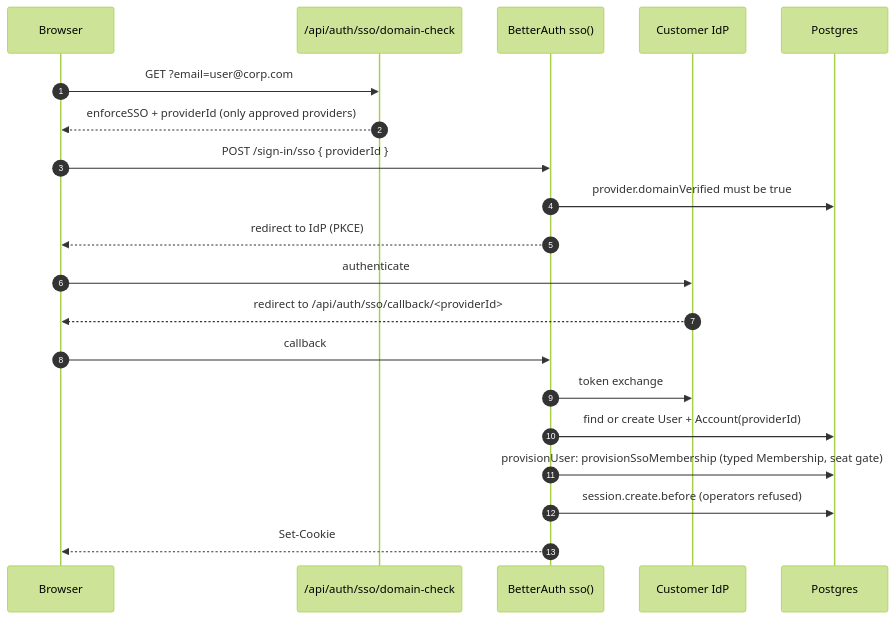
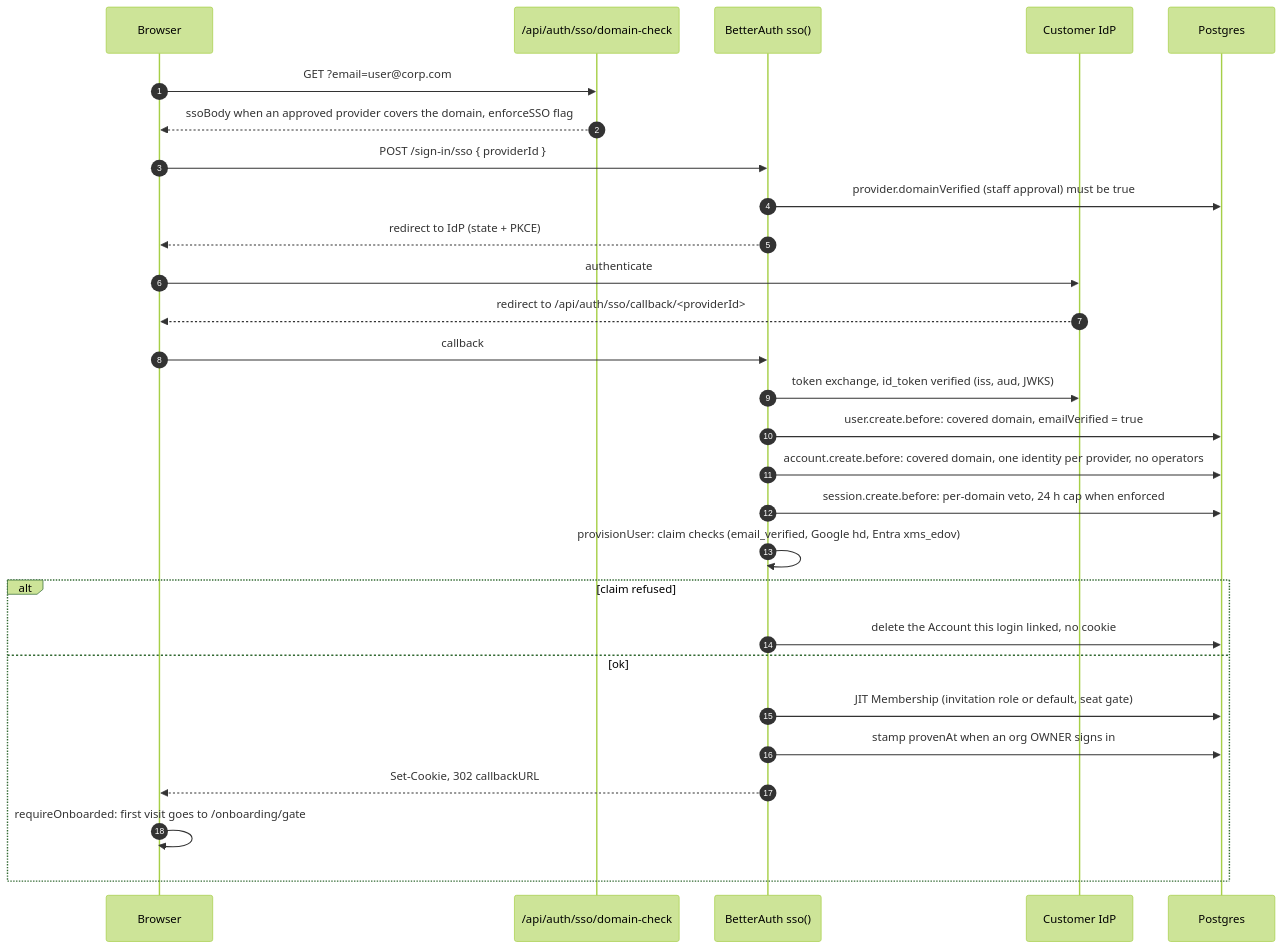
The ninth of 12 diagrams in docs/authentication/architecture.md (Practitionist/familiarise_web), drawn with Mermaid (forest theme) before and after one commit. The commit also changed other lines of this file and 533 other files, not shown here.

First line of the commit message:
fix(auth): auth, 2FA, SSO, sessions and onboarding mega-fix (#2070)

````diff
--- a/docs/authentication/architecture.md
+++ b/docs/authentication/architecture.md
@@ -231,23 +481,31 @@
 ```mermaid
 sequenceDiagram
   autonumber
   participant B as Browser
-  participant APP as /api/auth/sso/domain-check
+  participant DC as /api/auth/sso/domain-check
   participant BA as BetterAuth sso()
   participant IDP as Customer IdP
   participant DB as Postgres
 
-  B->>APP: GET ?email=user@corp.com
-  APP-->>B: enforceSSO + providerId (only approved providers)
+  B->>DC: GET ?email=user@corp.com
+  DC-->>B: ssoBody when an approved provider covers the domain, enforceSSO flag
   B->>BA: POST /sign-in/sso { providerId }
-  BA->>DB: provider.domainVerified must be true
-  BA-->>B: redirect to IdP (PKCE)
+  BA->>DB: provider.domainVerified (staff approval) must be true
+  BA-->>B: redirect to IdP (state + PKCE)
   B->>IDP: authenticate
   IDP-->>B: redirect to /api/auth/sso/callback/<providerId>
   B->>BA: callback
-  BA->>IDP: token exchange
-  BA->>DB: find or create User + Account(providerId)
-  BA->>DB: provisionUser: provisionSsoMembership (typed Membership, seat gate)
-  BA->>DB: session.create.before (operators refused)
-  BA-->>B: Set-Cookie
+  BA->>IDP: token exchange, id_token verified (iss, aud, JWKS)
+  BA->>DB: user.create.before: covered domain, emailVerified = true
+  BA->>DB: account.create.before: covered domain, one identity per provider, no operators
+  BA->>DB: session.create.before: per-domain veto, 24 h cap when enforced
+  BA->>BA: provisionUser: claim checks (email_verified, Google hd, Entra xms_edov)
+  alt claim refused
+    BA->>DB: delete the Account this login linked, no cookie
+  else ok
+    BA->>DB: JIT Membership (invitation role or default, seat gate)
+    BA->>DB: stamp provenAt when an org OWNER signs in
+    BA-->>B: Set-Cookie, 302 callbackURL
+    B->>B: requireOnboarded: first visit goes to /onboarding/gate
+  end
 ```
````
